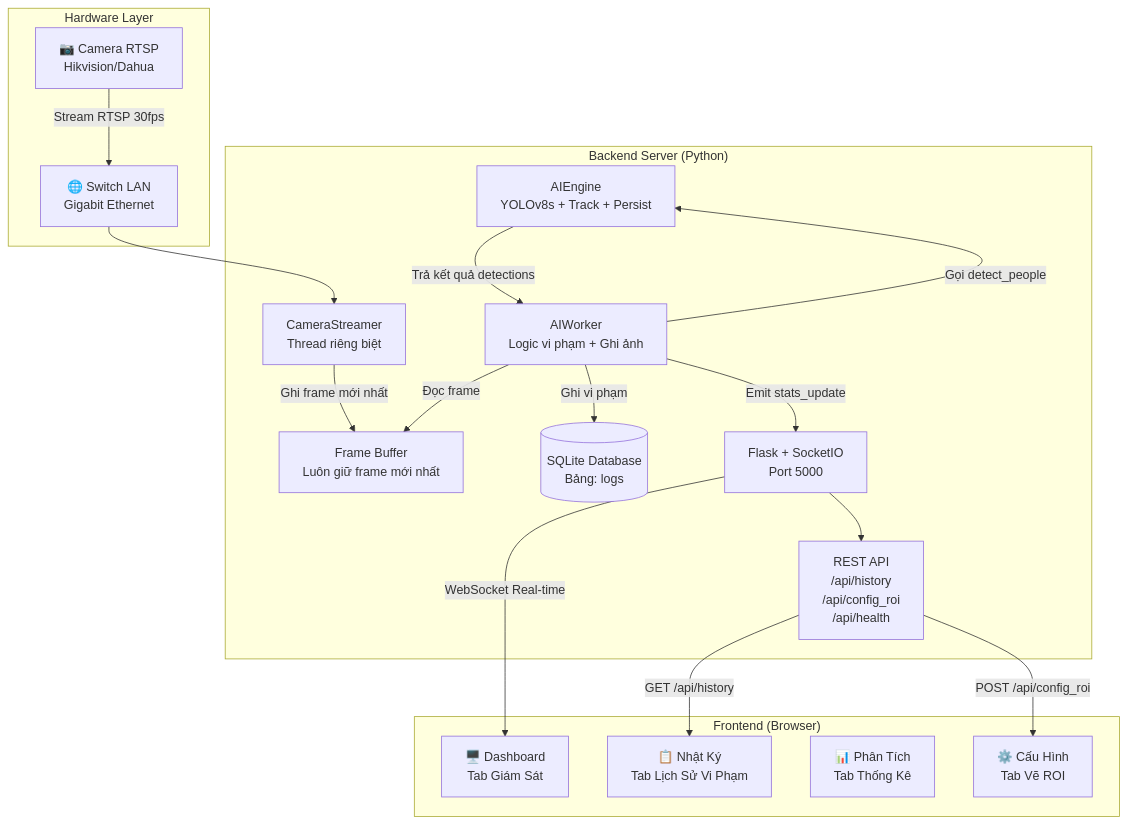
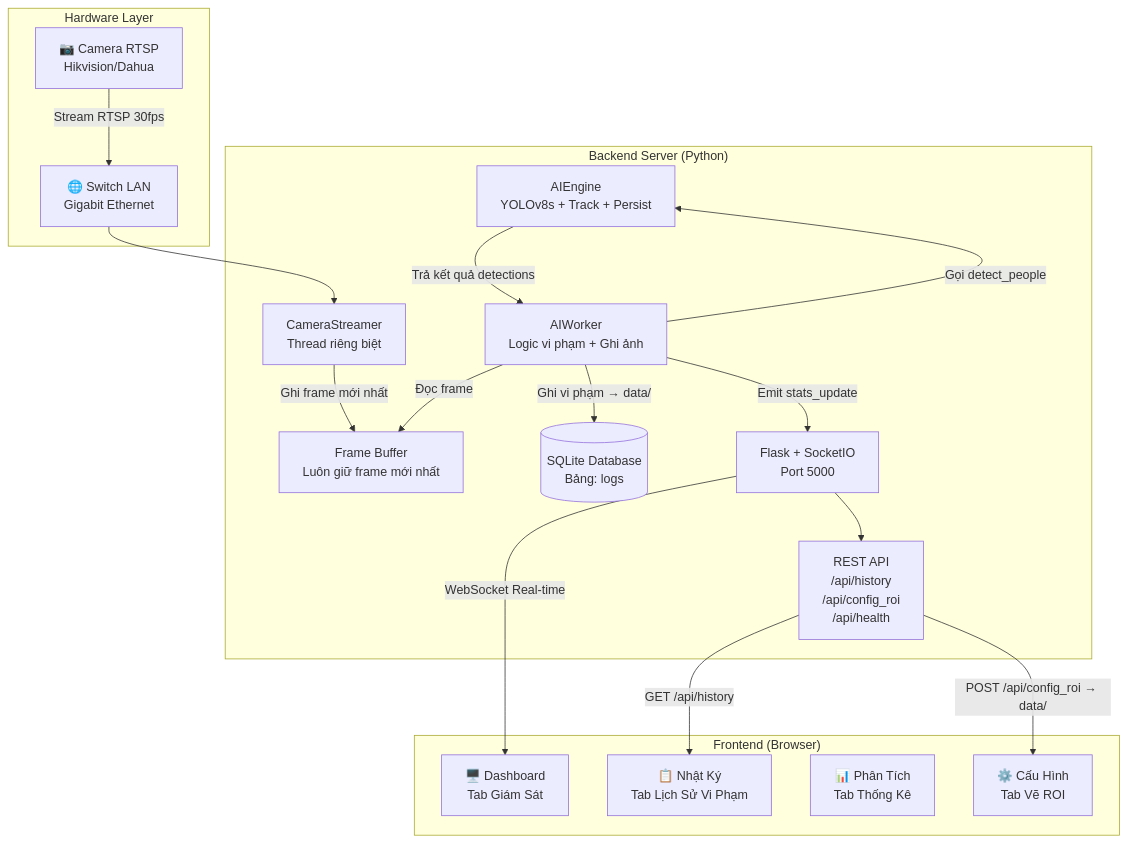
Before and after one commit to AnhMinhh12/check_people: the diagram in docs/ARCHITECTURE.md, drawn with Mermaid. The commit also changed other lines of this file and 21 other files, not shown here.

````diff
--- a/docs/ARCHITECTURE.md
+++ b/docs/ARCHITECTURE.md
@@ -10,37 +46,37 @@
 ```mermaid
 graph TD
     subgraph "Hardware Layer"
         CAM[📷 Camera RTSP<br/>Hikvision/Dahua]
         NET[🌐 Switch LAN<br/>Gigabit Ethernet]
     end
 
     subgraph "Backend Server (Python)"
         CS[CameraStreamer<br/>Thread riêng biệt]
         BUF[Frame Buffer<br/>Luôn giữ frame mới nhất]
         AI[AIEngine<br/>YOLOv8s + Track + Persist]
         AW[AIWorker<br/>Logic vi phạm + Ghi ảnh]
         DB[(SQLite Database<br/>Bảng: logs)]
         FLASK[Flask + SocketIO<br/>Port 5000]
         API[REST API<br/>/api/history<br/>/api/config_roi<br/>/api/health]
     end
 
     subgraph "Frontend (Browser)"
         DASH[🖥️ Dashboard<br/>Tab Giám Sát]
         HIST[📋 Nhật Ký<br/>Tab Lịch Sử Vi Phạm]
         ANAL[📊 Phân Tích<br/>Tab Thống Kê]
         CONF[⚙️ Cấu Hình<br/>Tab Vẽ ROI]
     end
 
     CAM -->|Stream RTSP 30fps| NET
     NET --> CS
     CS -->|Ghi frame mới nhất| BUF
     AW -->|Đọc frame| BUF
     AW -->|Gọi detect_people| AI
     AI -->|Trả kết quả detections| AW
-    AW -->|Ghi vi phạm| DB
+    AW -->|Ghi vi phạm → data/| DB
     AW -->|Emit stats_update| FLASK
     FLASK -->|WebSocket Real-time| DASH
     API -->|GET /api/history| HIST
-    API -->|POST /api/config_roi| CONF
+    API -->|POST /api/config_roi → data/| CONF
     FLASK --> API
 ```
````
